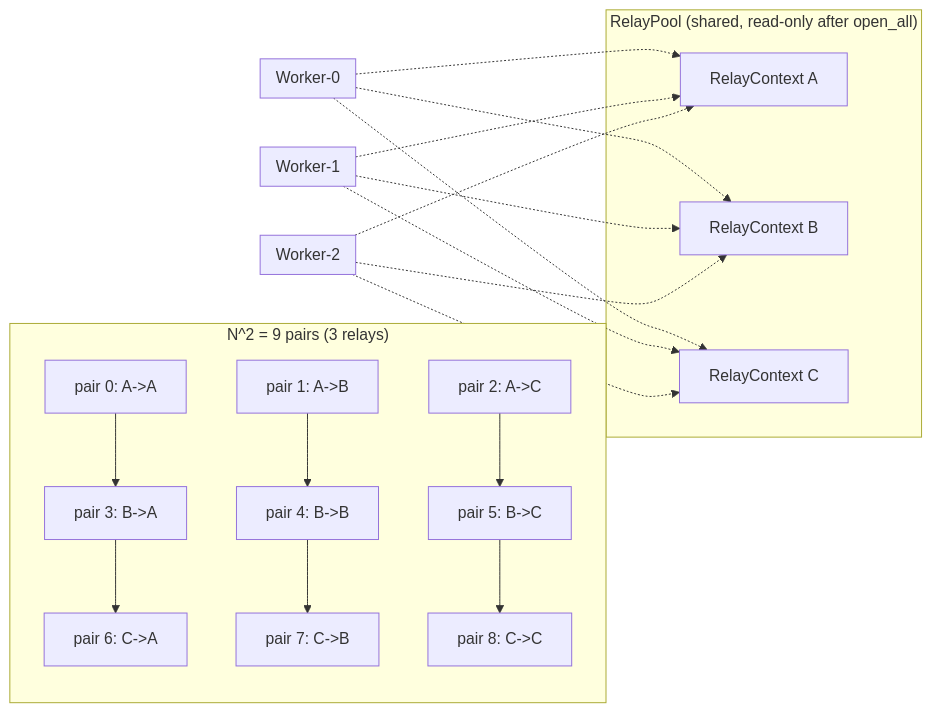
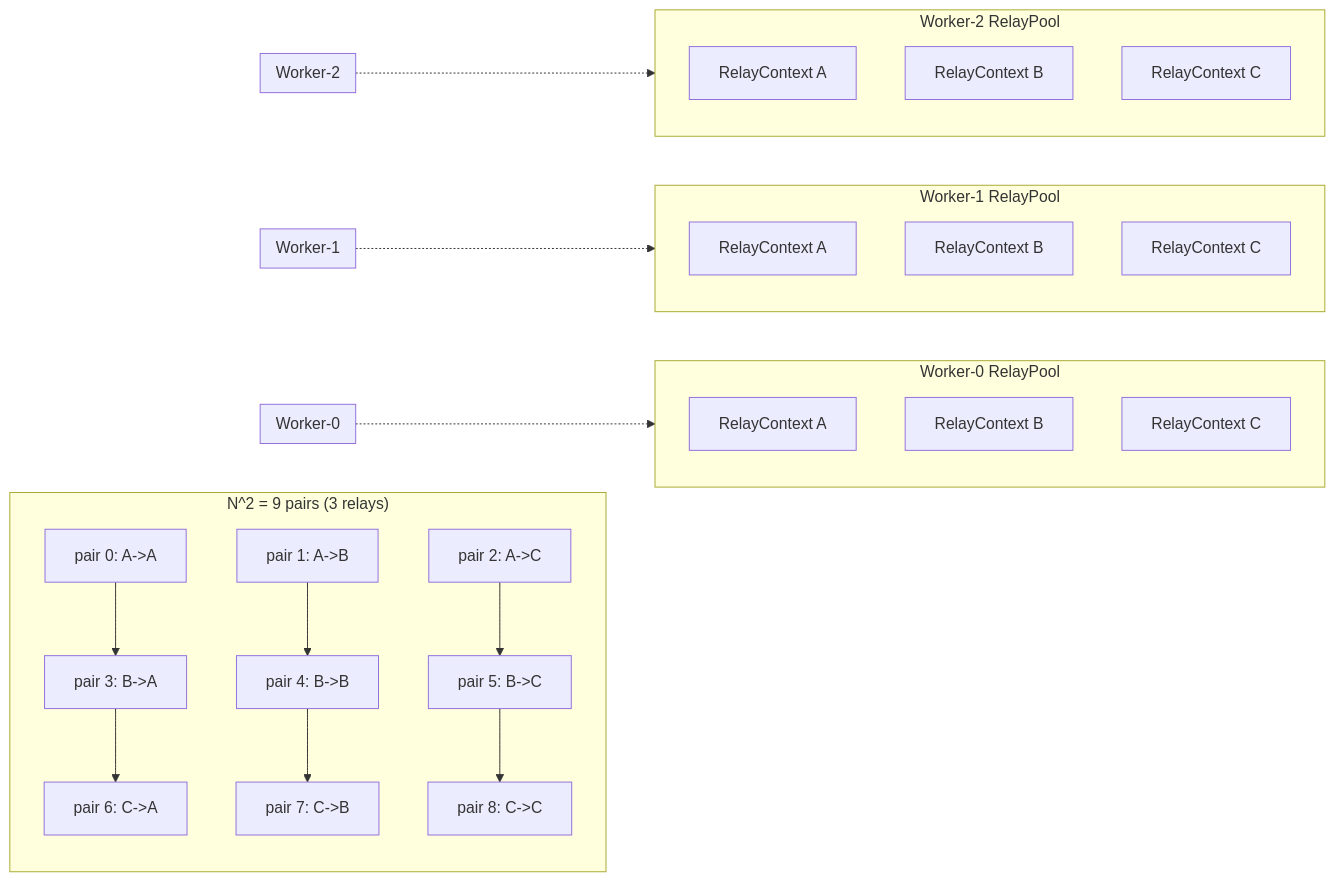
One commit to j4n/chatmail-prober changed the fifth of 9 diagrams in TECHNICAL.md. Above: the diagram before and after it, drawn with Mermaid. The commit also changed other lines of this file and 1 other file, not shown here.

First line of the commit message:
Update docs for per-worker RelayPool model and account reuse

````diff
--- a/TECHNICAL.md
+++ b/TECHNICAL.md
@@ -299,35 +299,45 @@
 ```mermaid
 graph LR
     subgraph Pairs["N^2 = 9 pairs (3 relays)"]
         direction TB
         P0["pair 0: A->A"]
         P1["pair 1: A->B"]
         P2["pair 2: A->C"]
         P3["pair 3: B->A"]
         P4["pair 4: B->B"]
         P5["pair 5: B->C"]
         P6["pair 6: C->A"]
         P7["pair 7: C->B"]
         P8["pair 8: C->C"]
     end
 
     subgraph W0["Worker-0"]
         P0 --> P3 --> P6
     end
     subgraph W1["Worker-1"]
         P1 --> P4 --> P7
     end
     subgraph W2["Worker-2"]
         P2 --> P5 --> P8
     end
 
-    subgraph Pool["RelayPool (shared, read-only after open_all)"]
-        CA["RelayContext A"]
-        CB["RelayContext B"]
-        CC["RelayContext C"]
+    subgraph Pool0["Worker-0 RelayPool"]
+        CA0["RelayContext A"]
+        CB0["RelayContext B"]
+        CC0["RelayContext C"]
+    end
+    subgraph Pool1["Worker-1 RelayPool"]
+        CA1["RelayContext A"]
+        CB1["RelayContext B"]
+        CC1["RelayContext C"]
+    end
+    subgraph Pool2["Worker-2 RelayPool"]
+        CA2["RelayContext A"]
+        CB2["RelayContext B"]
+        CC2["RelayContext C"]
     end
 
-    W0 -.-> CA & CB & CC
-    W1 -.-> CA & CB & CC
-    W2 -.-> CA & CB & CC
+    W0 -.-> Pool0
+    W1 -.-> Pool1
+    W2 -.-> Pool2
 ```
````
